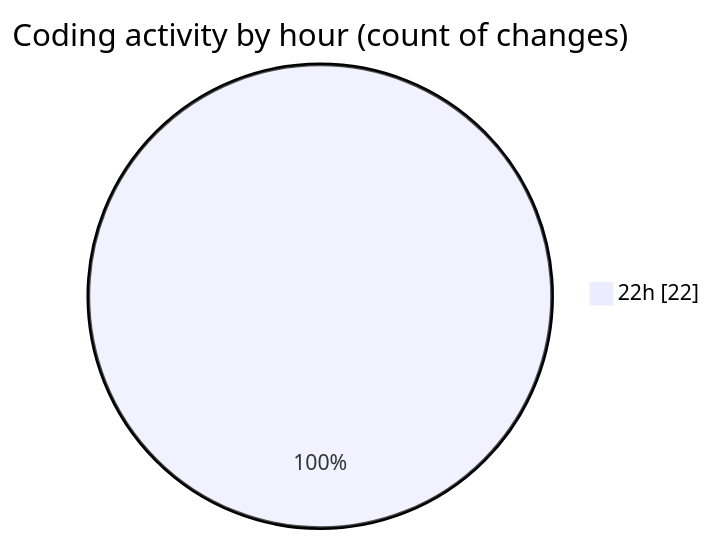
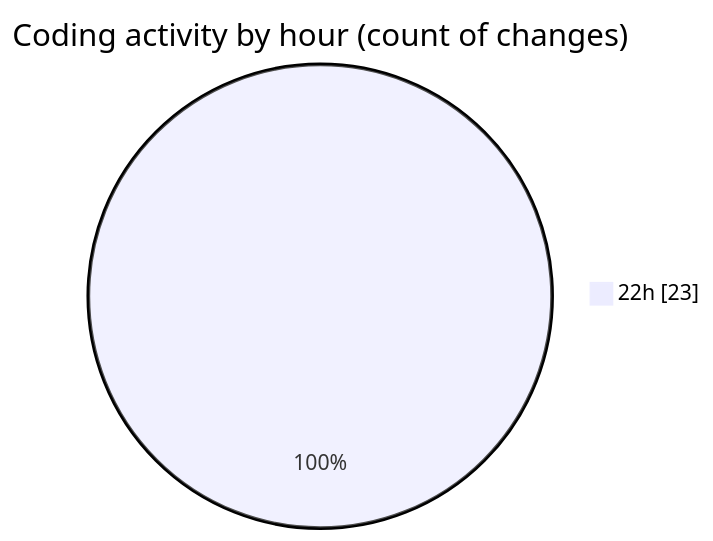
One commit to Ritupan-Deka/code-tracking changed the second of 2 diagrams in 2025-10-08/url-shortener/README.md. Above: the diagram before and after it, drawn with Mermaid. The commit also changed other lines of this file and 1 other file, not shown here.

````diff
--- a/2025-10-08/url-shortener/README.md
+++ b/2025-10-08/url-shortener/README.md
@@ -30,5 +30,5 @@
 ```mermaid
 pie showData
 title Coding activity by hour (count of changes)
-"22h" : 22
+"22h" : 23
 ```
````
